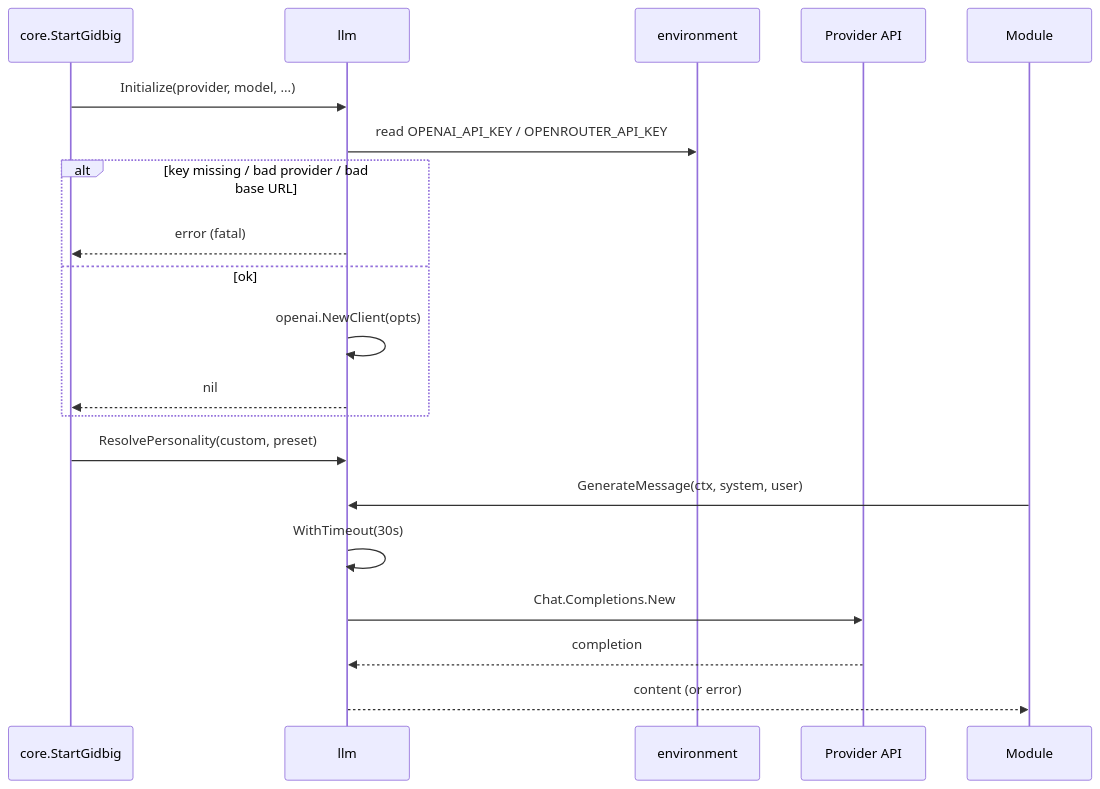
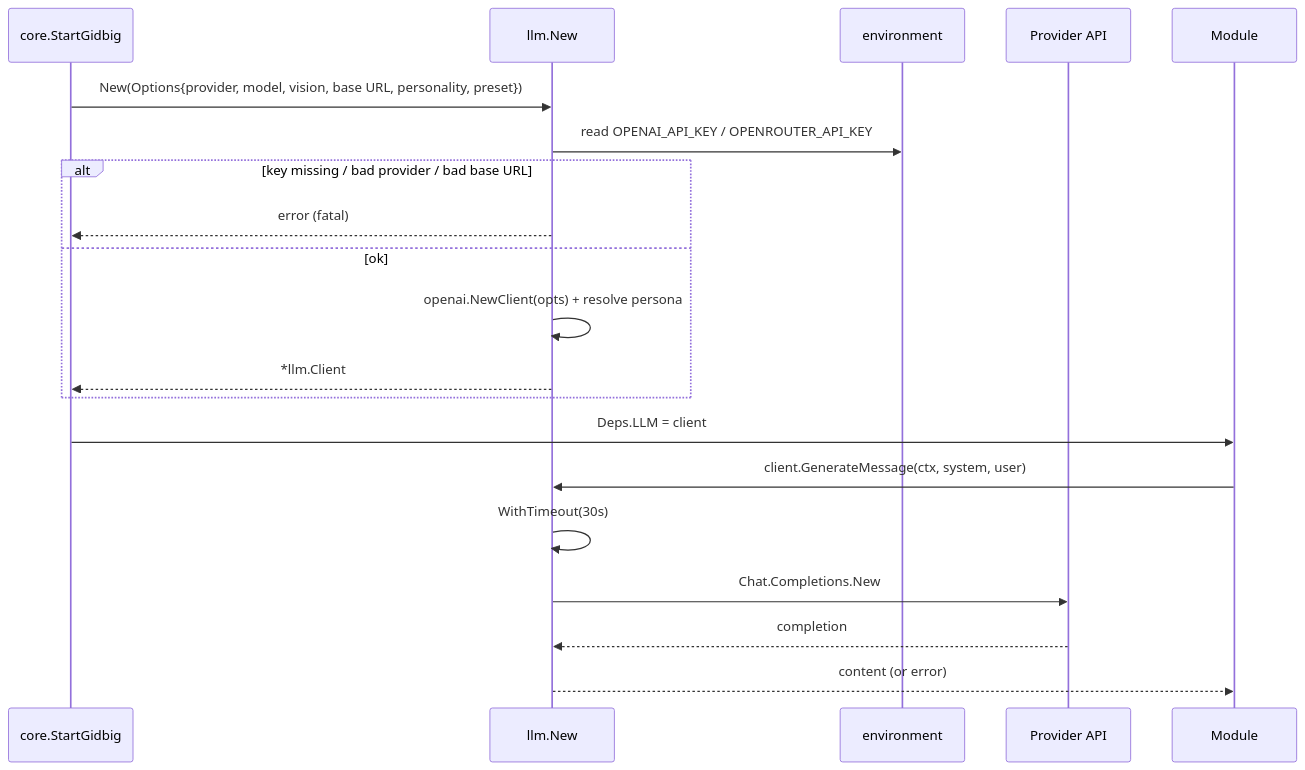
One commit to toksikk/gidbig changed the diagram in docs/modules/llm.md. Above: the diagram before and after it, drawn with Mermaid. The commit also changed other lines of this file and 13 other files, not shown here.

First line of the commit message:
refactor (#183): inject llm.Client through Deps; drop llm globals

````diff
--- a/docs/modules/llm.md
+++ b/docs/modules/llm.md
@@ -13,23 +24,23 @@
 ```mermaid
 sequenceDiagram
     participant Core as core.StartGidbig
-    participant L as llm
+    participant L as llm.New
     participant Env as environment
     participant API as Provider API
     participant Mod as Module
 
-    Core->>L: Initialize(provider, model, ...)
+    Core->>L: New(Options{provider, model, vision, base URL, personality, preset})
     L->>Env: read OPENAI_API_KEY / OPENROUTER_API_KEY
     alt key missing / bad provider / bad base URL
         L-->>Core: error (fatal)
     else ok
-        L->>L: openai.NewClient(opts)
-        L-->>Core: nil
+        L->>L: openai.NewClient(opts) + resolve persona
+        L-->>Core: *llm.Client
     end
-    Core->>L: ResolvePersonality(custom, preset)
-    Mod->>L: GenerateMessage(ctx, system, user)
+    Core->>Mod: Deps.LLM = client
+    Mod->>L: client.GenerateMessage(ctx, system, user)
     L->>L: WithTimeout(30s)
     L->>API: Chat.Completions.New
     API-->>L: completion
     L-->>Mod: content (or error)
 ```
````
